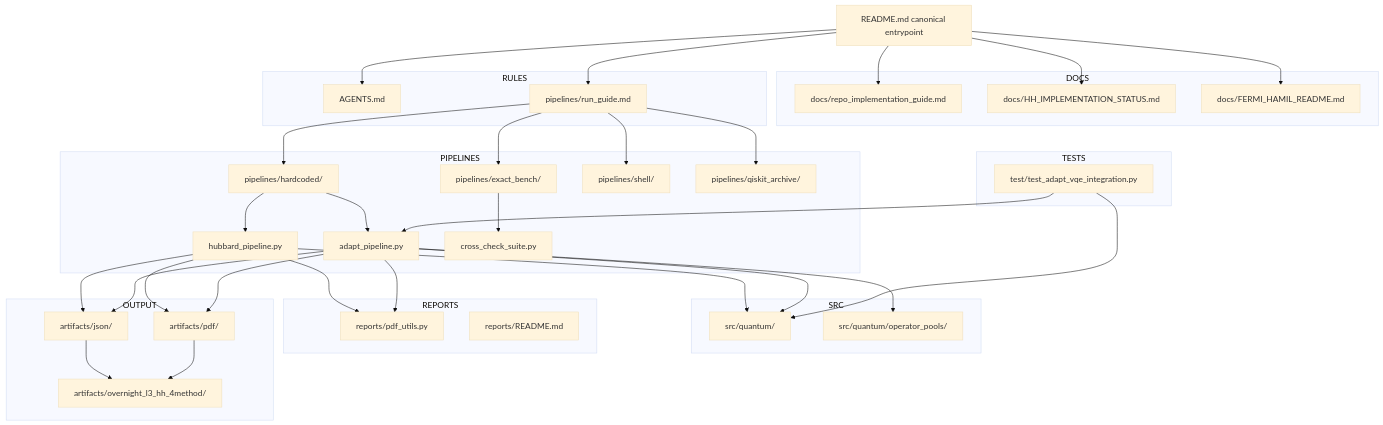
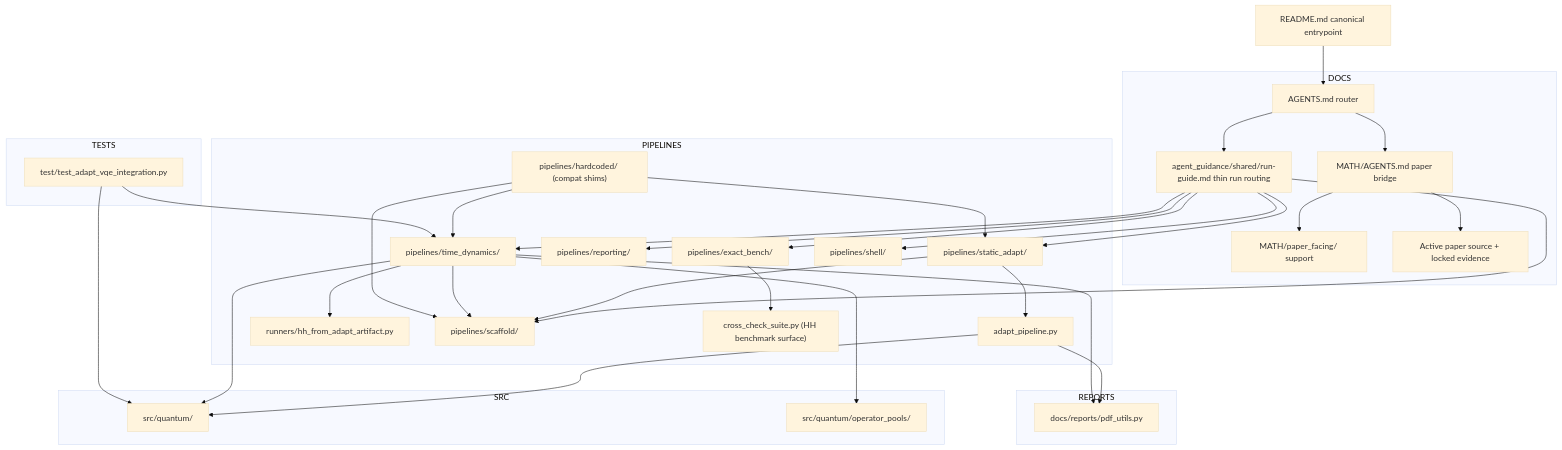
Before and after one commit to jacopos86/qdynamics: the first of 2 diagrams in README.md, drawn with Mermaid (base theme). The commit also changed other lines of this file and 16136 other files, not shown here.

````diff
--- a/README.md
+++ b/README.md
@@ -26,76 +150,69 @@
 ```mermaid
 graph TB
   R["README.md canonical entrypoint"]
 
   subgraph DOCS
-    D1["docs/repo_implementation_guide.md"]
-    D2["docs/HH_IMPLEMENTATION_STATUS.md"]
-    D3["docs/FERMI_HAMIL_README.md"]
-  end
-
-  subgraph RULES
-    G0["AGENTS.md"]
-    G1["pipelines/run_guide.md"]
+    D1["AGENTS.md router"]
+    D4["MATH/AGENTS.md paper bridge"]
+    D5["MATH/paper_facing/ support"]
+    D2["agent_guidance/shared/run-guide.md thin run routing"]
+    D3["Active paper source + locked evidence"]
   end
 
   subgraph SRC
     S0["src/quantum/"]
     S1["src/quantum/operator_pools/"]
   end
 
   subgraph PIPELINES
-    P0["pipelines/hardcoded/"]
-    P1["hubbard_pipeline.py"]
-    P2["adapt_pipeline.py"]
-    P3["pipelines/exact_bench/"]
-    P4["cross_check_suite.py"]
-    P5["pipelines/shell/"]
-    P6["pipelines/qiskit_archive/"]
+    P0["pipelines/static_adapt/"]
+    P1["adapt_pipeline.py"]
+    P2["pipelines/time_dynamics/"]
+    P3["runners/hh_from_adapt_artifact.py"]
+    P4["pipelines/scaffold/"]
+    P5["pipelines/hardcoded/ (compat shims)"]
+    P6["pipelines/reporting/"]
+    P7["pipelines/exact_bench/"]
+    P8["cross_check_suite.py (HH benchmark surface)"]
+    P9["pipelines/shell/"]
   end
 
   subgraph REPORTS
-    RP0["reports/pdf_utils.py"]
-    RP1["reports/README.md"]
-  end
-
-  subgraph OUTPUT
-    O1["artifacts/json/"]
-    O2["artifacts/pdf/"]
-    O3["artifacts/overnight_l3_hh_4method/"]
+    RP0["docs/reports/pdf_utils.py"]
   end
 
   subgraph TESTS
     T0["test/test_adapt_vqe_integration.py"]
   end
 
-  R --> G0
-  R --> G1
   R --> D1
-  R --> D2
-  R --> D3
+  D1 --> D4
+  D1 --> D2
+  D4 --> D5
+  D4 --> D3
 
-  G1 --> P0
-  G1 --> P3
-  G1 --> P5
-  G1 --> P6
+  D2 --> P0
+  D2 --> P2
+  D2 --> P4
+  D2 --> P6
+  D2 --> P7
+  D2 --> P9
 
   P0 --> P1
-  P0 --> P2
-  P3 --> P4
+  P2 --> P3
+  P0 --> P4
+  P2 --> P4
+  P5 --> P0
+  P5 --> P2
+  P5 --> P4
+  P7 --> P8
 
   P1 --> S0
   P2 --> S0
   P2 --> S1
   P1 --> RP0
   P2 --> RP0
 
-  P1 --> O1
-  P1 --> O2
-  P2 --> O1
-  P2 --> O2
-  O1 --> O3
-  O2 --> O3
-
   T0 --> P2
   T0 --> S0
 ```
````
